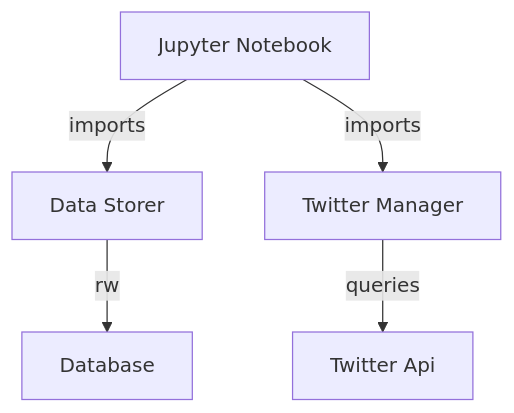
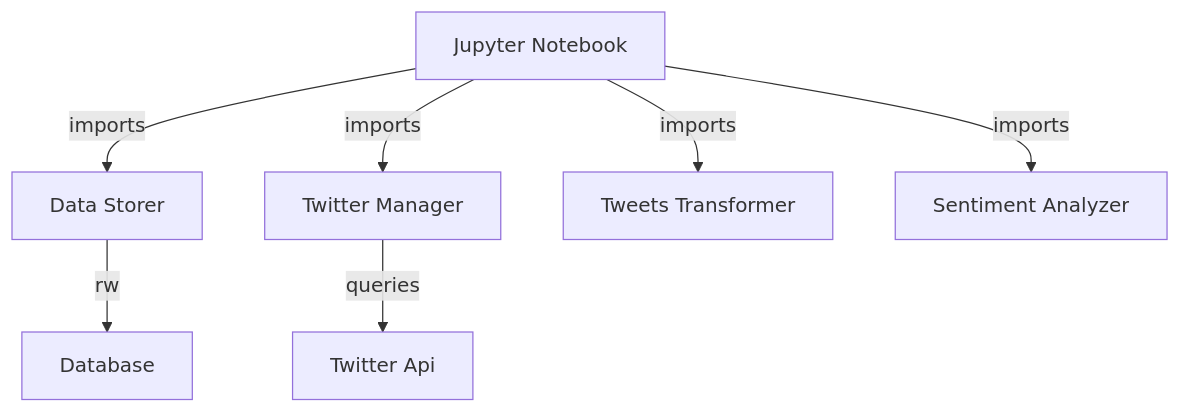
Before and after one commit to plknkl/twitter_reader: the diagram in docs/containers/twitter_reader_components.md, drawn with Mermaid. The commit also changed other lines of this file and 5 other files, not shown here.

````diff
--- a/docs/containers/twitter_reader_components.md
+++ b/docs/containers/twitter_reader_components.md
@@ -1,7 +1,9 @@
 ```mermaid
 graph TD
     jupyter[Jupyter Notebook] -->|imports| data_storer[Data Storer]
     jupyter -->|imports| twitter_manager[Twitter Manager]
+    jupyter -->|imports| tweets_transformer[Tweets Transformer]
+    jupyter -->|imports| sentiment_analyzer[Sentiment Analyzer]
     data_storer -->|rw| database[Database]
     twitter_manager[Twitter Manager] -->|queries| twitter_api[Twitter Api]
 ```
````
